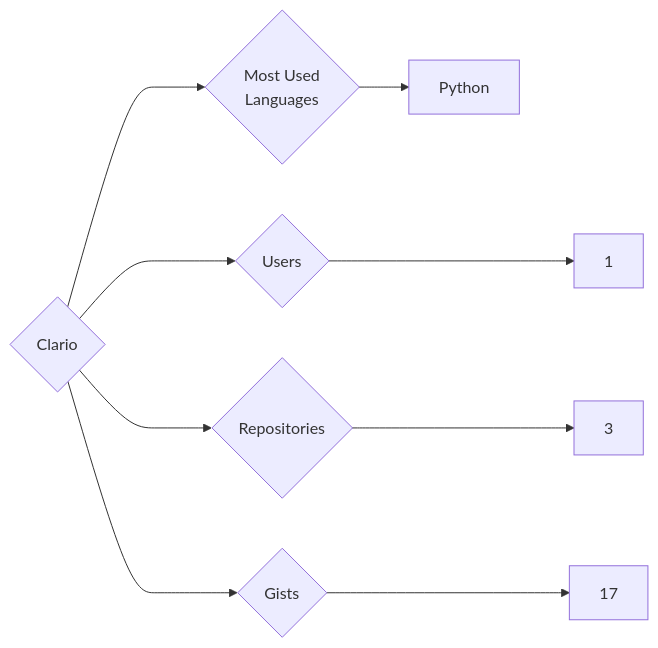
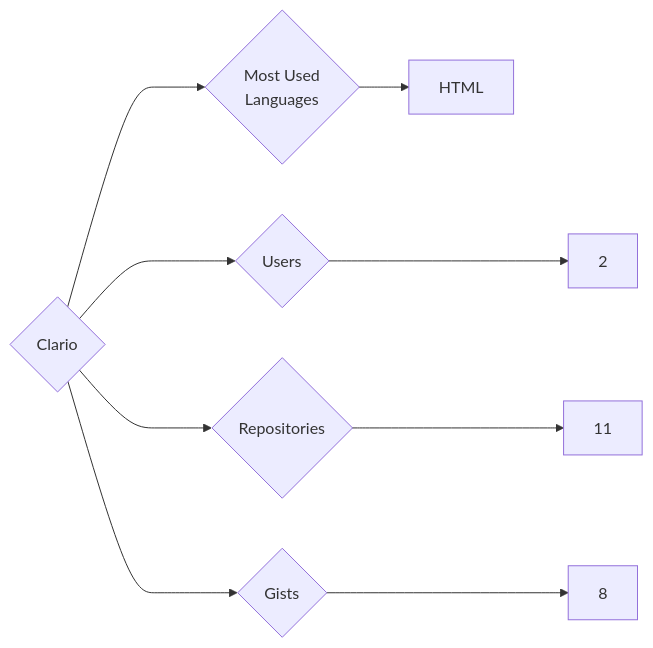
The diagram in targets/Clario/README.md (trickest/insiders), drawn with Mermaid before and after one commit. The commit also changed 874 other files, not shown here.

````diff
--- a/targets/Clario/README.md
+++ b/targets/Clario/README.md
@@ -3,9 +3,9 @@
 ```mermaid
 graph LR
 COMPANY_NAME{Clario}
-COMPANY_NAME ---> U{Users} ---> UN[1]
-COMPANY_NAME ---> R{Repositories} ---> RN[3]
-COMPANY_NAME ---> G{Gists} ---> GN[17]
+COMPANY_NAME ---> U{Users} ---> UN[2]
+COMPANY_NAME ---> R{Repositories} ---> RN[11]
+COMPANY_NAME ---> G{Gists} ---> GN[8]
 COMPANY_NAME ---> ML{Most Used<br>Languages}
-ML --> Python[Python]
+ML --> HTML[HTML]
 ```
````
